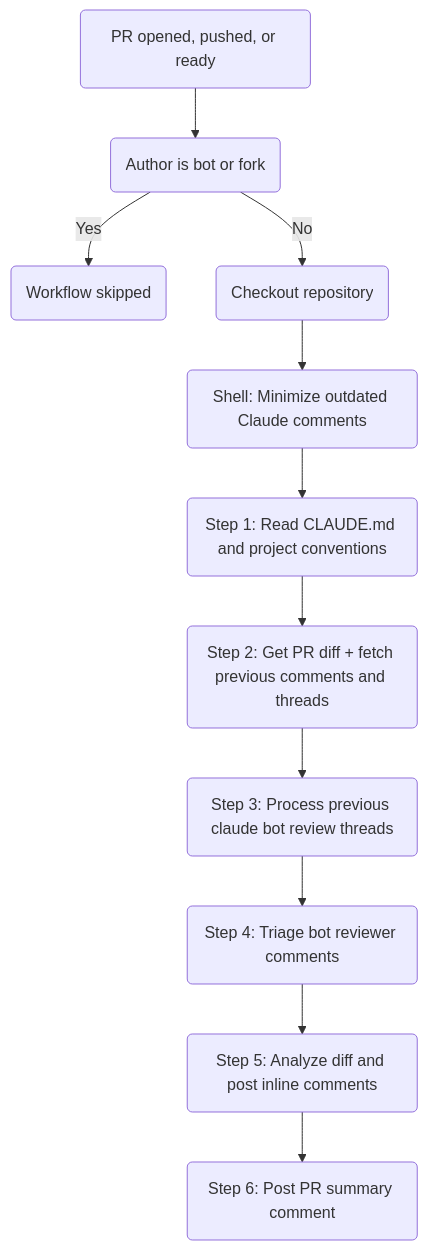
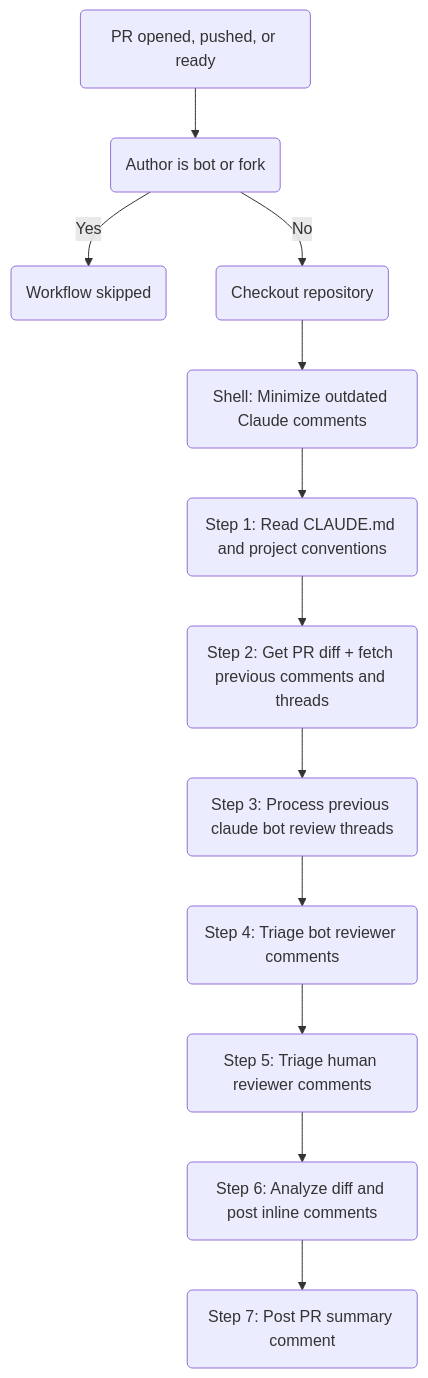
Before and after one commit to SchweizerischeBundesbahnen/github-workflows-polarion: the first of 2 diagrams in docs/claude-code-review.md, drawn with Mermaid. The commit also changed other lines of this file and 2 other files, not shown here.

First line of the commit message:
feat: triage human reviewer comments in Claude Code Review (#47)

````diff
--- a/docs/claude-code-review.md
+++ b/docs/claude-code-review.md
@@ -40,13 +40,14 @@
 ```mermaid
 flowchart TD
   A(PR opened, pushed, or ready) --> B(Author is bot or fork)
   B -->|Yes| Z(Workflow skipped)
   B -->|No| C(Checkout repository)
   C --> D(Shell: Minimize outdated Claude comments)
   D --> E(Step 1: Read CLAUDE.md and project conventions)
   E --> F(Step 2: Get PR diff + fetch previous comments and threads)
   F --> G(Step 3: Process previous claude bot review threads)
   G --> H(Step 4: Triage bot reviewer comments)
-  H --> I(Step 5: Analyze diff and post inline comments)
-  I --> J(Step 6: Post PR summary comment)
+  H --> I(Step 5: Triage human reviewer comments)
+  I --> J(Step 6: Analyze diff and post inline comments)
+  J --> K(Step 7: Post PR summary comment)
 ```
````
